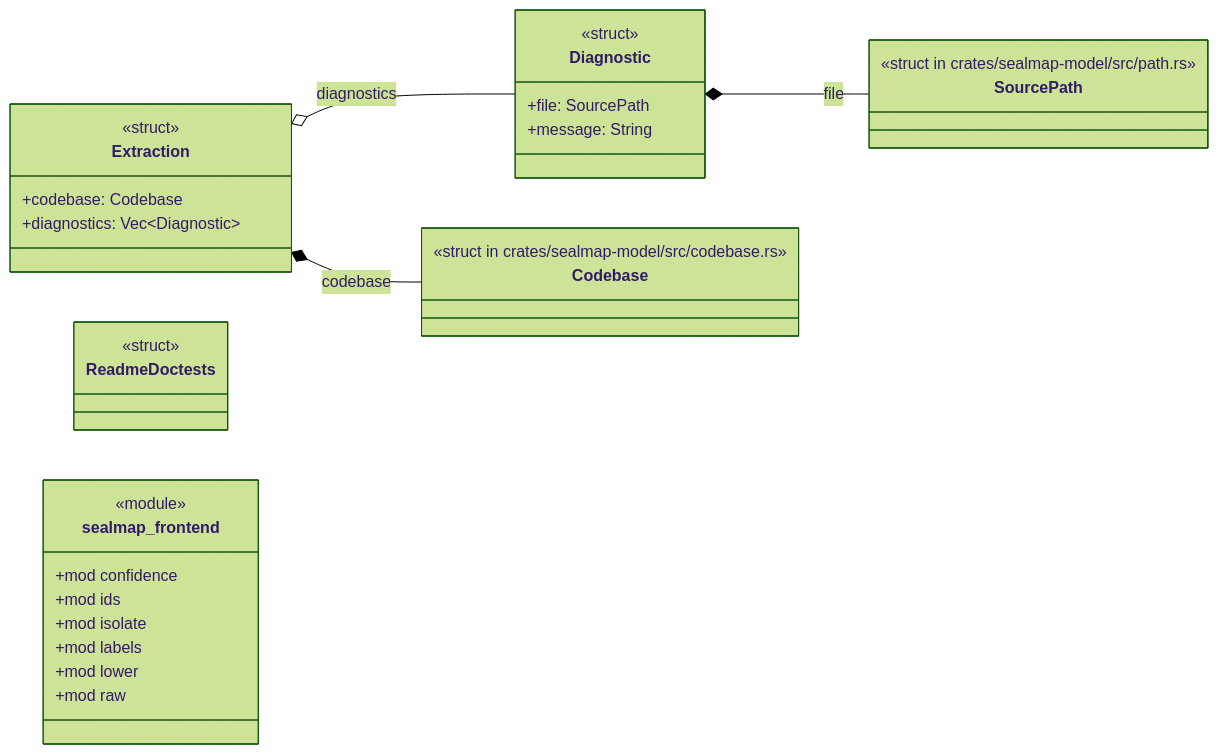
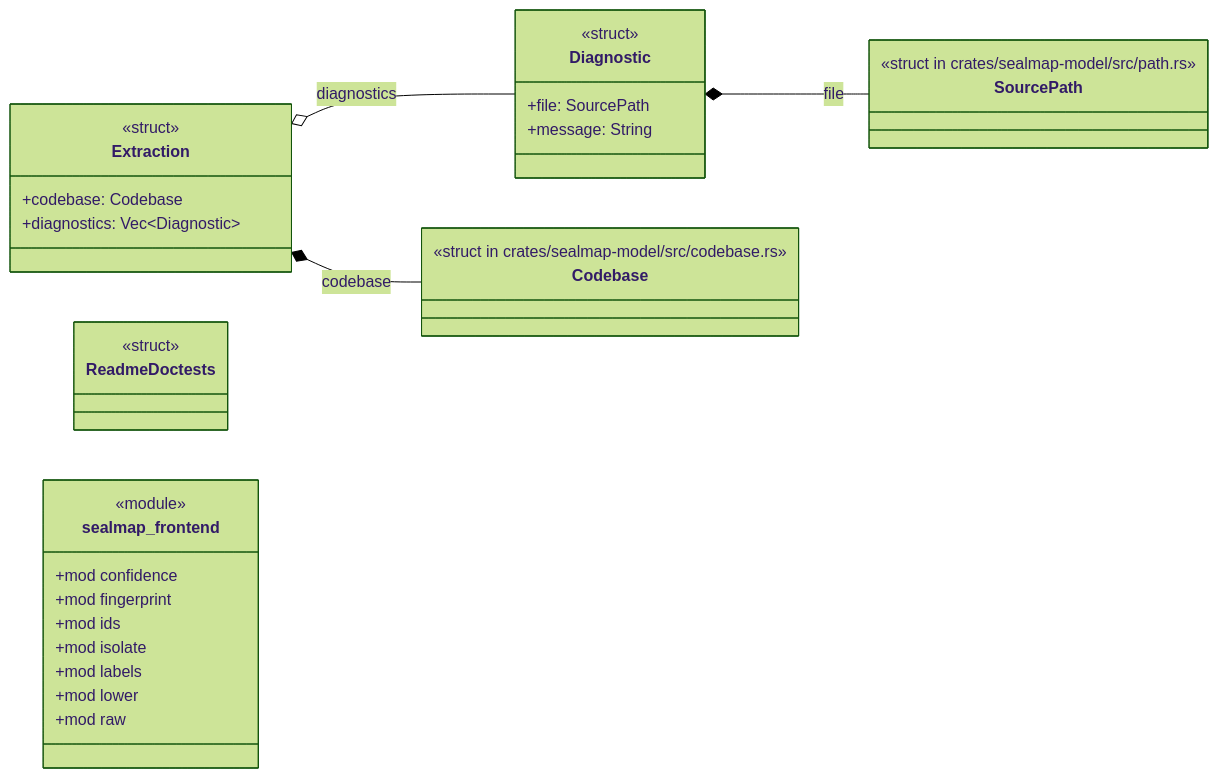
One commit to DreamLab-AI/codemaid changed the diagram in docs/sealmap/crates/sealmap-frontend/src/lib.rs.md. Above: the diagram before and after it, drawn with Mermaid (forest theme). The commit also changed other lines of this file and 45 other files, not shown here.

First line of the commit message:
docs: regenerate the self-corpus for sym: ids and schema v2

````diff
--- a/docs/sealmap/crates/sealmap-frontend/src/lib.rs.md
+++ b/docs/sealmap/crates/sealmap-frontend/src/lib.rs.md
@@ -14,35 +14,36 @@
 ```mermaid
 classDiagram
   direction LR
-  class sealmap_frontend__Diagnostic["Diagnostic"] {
+  class sealmap_frontend___tDiagnostic["Diagnostic"] {
     <<struct>>
     +file: SourcePath
     +message: String
   }
-  class sealmap_frontend__Extraction["Extraction"] {
+  class sealmap_frontend___tExtraction["Extraction"] {
     <<struct>>
     +codebase: Codebase
     +diagnostics: Vec#lt;Diagnostic#gt;
   }
-  class sealmap_frontend__ReadmeDoctests["ReadmeDoctests"] {
+  class sealmap_frontend___tReadmeDoctests["ReadmeDoctests"] {
     <<struct>>
   }
   class sealmap_frontend {
     <<module>>
     +mod confidence
+    +mod fingerprint
     +mod ids
     +mod isolate
     +mod labels
     +mod lower
     +mod raw
   }
-  class sealmap_model__path__SourcePath["SourcePath"] {
+  class sealmap_model__path___tSourcePath["SourcePath"] {
     <<struct in crates/sealmap-model/src/path.rs>>
   }
-  class sealmap_model__codebase__Codebase["Codebase"] {
+  class sealmap_model__codebase___tCodebase["Codebase"] {
     <<struct in crates/sealmap-model/src/codebase.rs>>
   }
-  sealmap_frontend__Diagnostic *-- sealmap_model__path__SourcePath : file
-  sealmap_frontend__Extraction o-- sealmap_frontend__Diagnostic : diagnostics
-  sealmap_frontend__Extraction *-- sealmap_model__codebase__Codebase : codebase
+  sealmap_frontend___tDiagnostic *-- sealmap_model__path___tSourcePath : file
+  sealmap_frontend___tExtraction o-- sealmap_frontend___tDiagnostic : diagnostics
+  sealmap_frontend___tExtraction *-- sealmap_model__codebase___tCodebase : codebase
 ```
````
